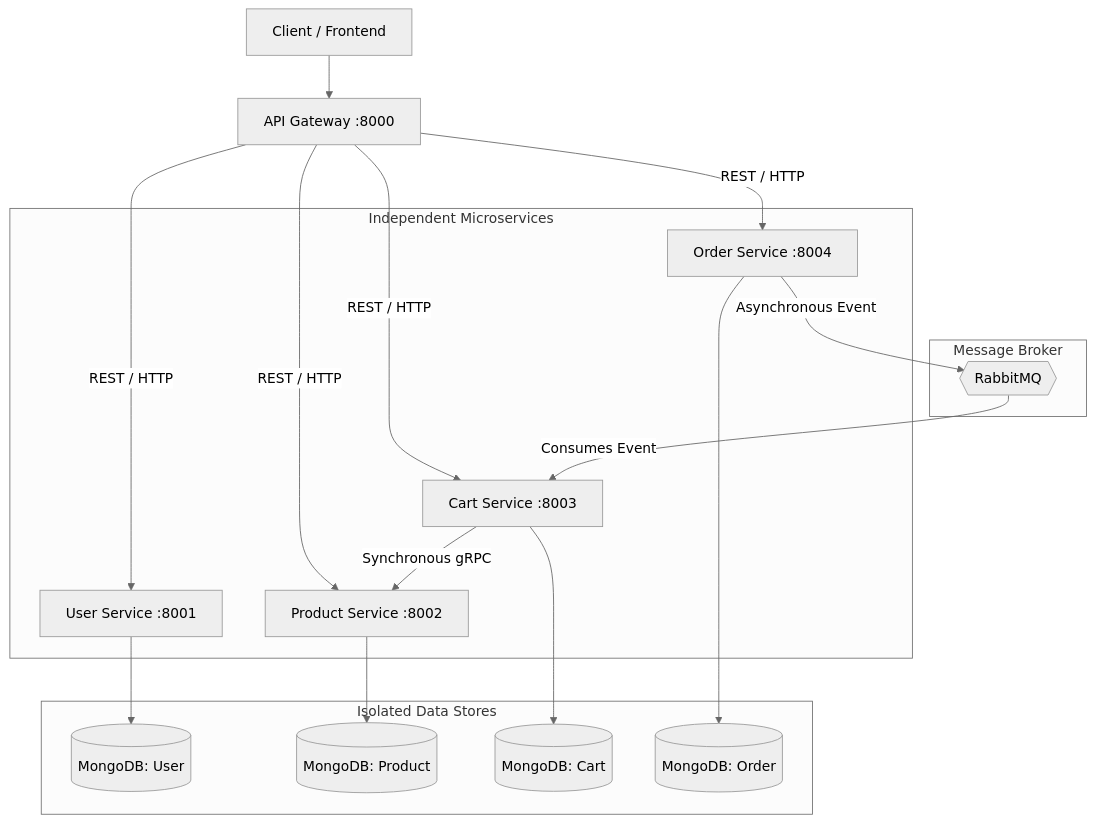
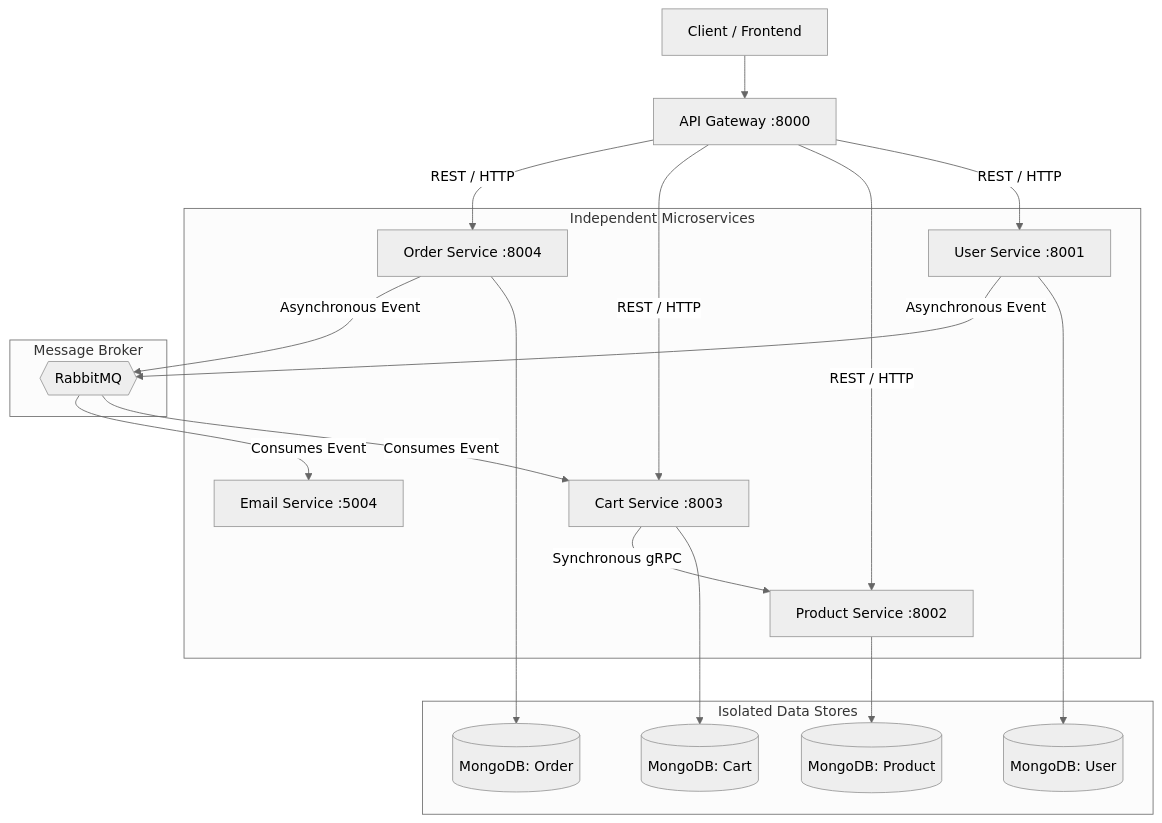
Before and after one commit to KunalNib/Zapp-Backend-Distributed: the diagram in README.md, drawn with Mermaid (neutral theme). The commit also changed other lines of this file and 9 other files, not shown here.

Commit message:
created a seprate email service for synchronous working..

````diff
--- a/README.md
+++ b/README.md
@@ -13,37 +24,40 @@
 ```mermaid
 graph TD
     Client[Client / Frontend] --> Gateway[API Gateway :8000]
     
     subgraph Services [Independent Microservices]
         User[User Service :8001]
         Product[Product Service :8002]
         Cart[Cart Service :8003]
         Order[Order Service :8004]
+        Email[Email Service :5004]
     end
     
     subgraph Databases [Isolated Data Stores]
         DB_User[(MongoDB: User)]
         DB_Product[(MongoDB: Product)]
         DB_Cart[(MongoDB: Cart)]
         DB_Order[(MongoDB: Order)]
     end
     
     subgraph Message Broker
         RMQ{{RabbitMQ}}
     end
 
     Gateway -- REST / HTTP --> User
     Gateway -- REST / HTTP --> Product
     Gateway -- REST / HTTP --> Cart
     Gateway -- REST / HTTP --> Order
     
     User --> DB_User
     Product --> DB_Product
     Cart --> DB_Cart
     Order --> DB_Order
     
     %% Inter-service Communication
     Cart -- Synchronous gRPC --> Product
     Order -- Asynchronous Event --> RMQ
+    User -- Asynchronous Event --> RMQ
     RMQ -- Consumes Event --> Cart
+    RMQ -- Consumes Event --> Email
 ```
````
